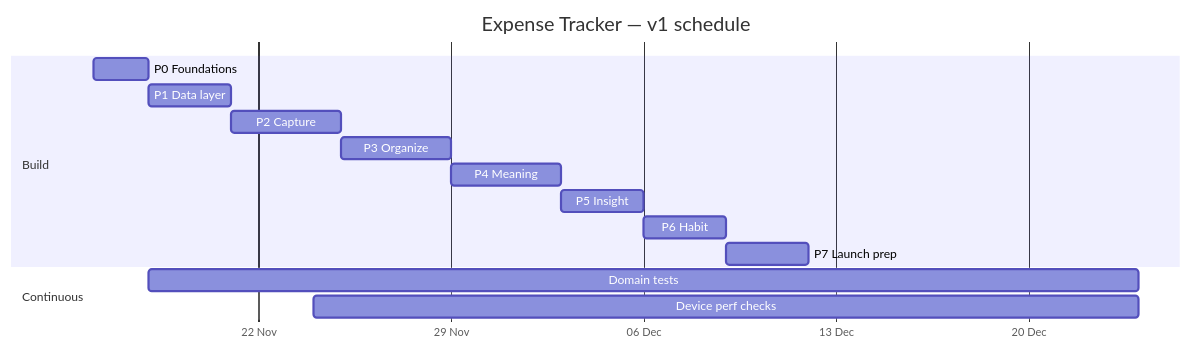
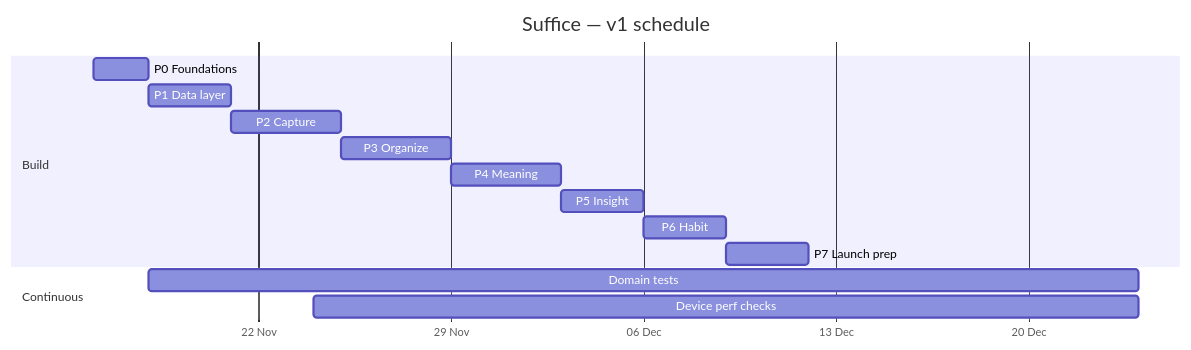
Before and after one commit to thisistayyab/expense-tracker: the second of 2 diagrams in blueprints/08-work-phases.md, drawn with Mermaid. The commit also changed other lines of this file and 47 other files, not shown here.

````diff
--- a/blueprints/08-work-phases.md
+++ b/blueprints/08-work-phases.md
@@ -458,18 +500,18 @@
 ```mermaid
 gantt
   dateFormat YYYY-MM-DD
   axisFormat %d %b
-  title Expense Tracker — v1 schedule
+  title Suffice — v1 schedule
   section Build
   P0 Foundations        :p0, 2026-11-16, 2d
   P1 Data layer         :p1, after p0, 3d
   P2 Capture            :p2, after p1, 4d
   P3 Organize           :p3, after p2, 4d
   P4 Meaning            :p4, after p3, 4d
   P5 Insight            :p5, after p4, 3d
   P6 Habit              :p6, after p5, 3d
   P7 Launch prep        :p7, after p6, 3d
   section Continuous
   Domain tests          :tests, 2026-11-18, 2026-12-24
   Device perf checks    :perf, 2026-11-24, 2026-12-24
 ```
````
